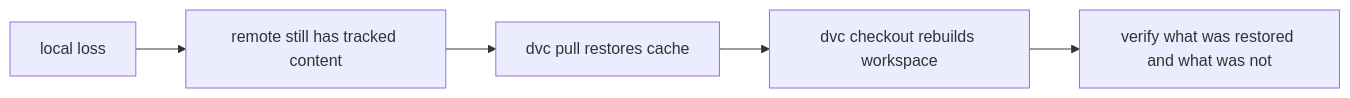
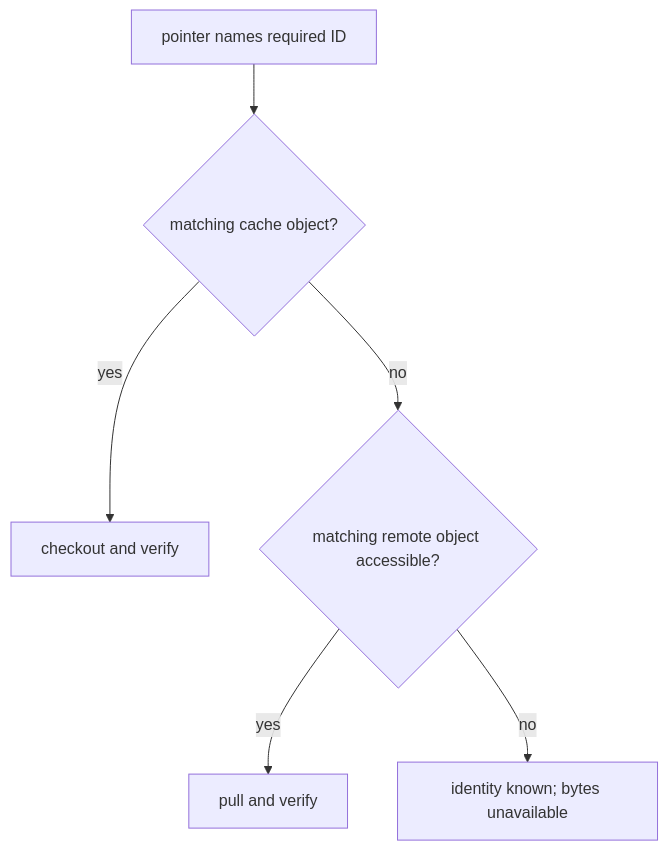
One commit to bijux/bijux-masterclass changed the third of 4 diagrams in programs/reproducible-research/deep-dive-dvc/course-book/module-02-data-identity-content-addressing/failure-modes-recovery-and-trust.md. Above: the diagram before and after it, drawn with Mermaid. The commit also changed other lines of this file, not shown here.

Commit message:
docs(dvc): diagnose recovery from surviving data layers

````diff
--- a/programs/reproducible-research/deep-dive-dvc/course-book/module-02-data-identity-content-addressing/failure-modes-recovery-and-trust.md
+++ b/programs/reproducible-research/deep-dive-dvc/course-book/module-02-data-identity-content-addressing/failure-modes-recovery-and-trust.md
@@ -147,7 +68,8 @@
 ```mermaid
-flowchart LR
-  loss["local loss"] --> remote["remote still has tracked content"]
-  remote --> pull["dvc pull restores cache"]
-  pull --> checkout["dvc checkout rebuilds workspace"]
-  checkout --> verify["verify what was restored and what was not"]
+flowchart TD
+  pointer["pointer names required ID"] --> cache{"matching cache object?"}
+  cache -- yes --> checkout["checkout and verify"]
+  cache -- no --> remote{"matching remote object accessible?"}
+  remote -- yes --> pull["pull and verify"]
+  remote -- no --> reject["identity known; bytes unavailable"]
 ```
````
